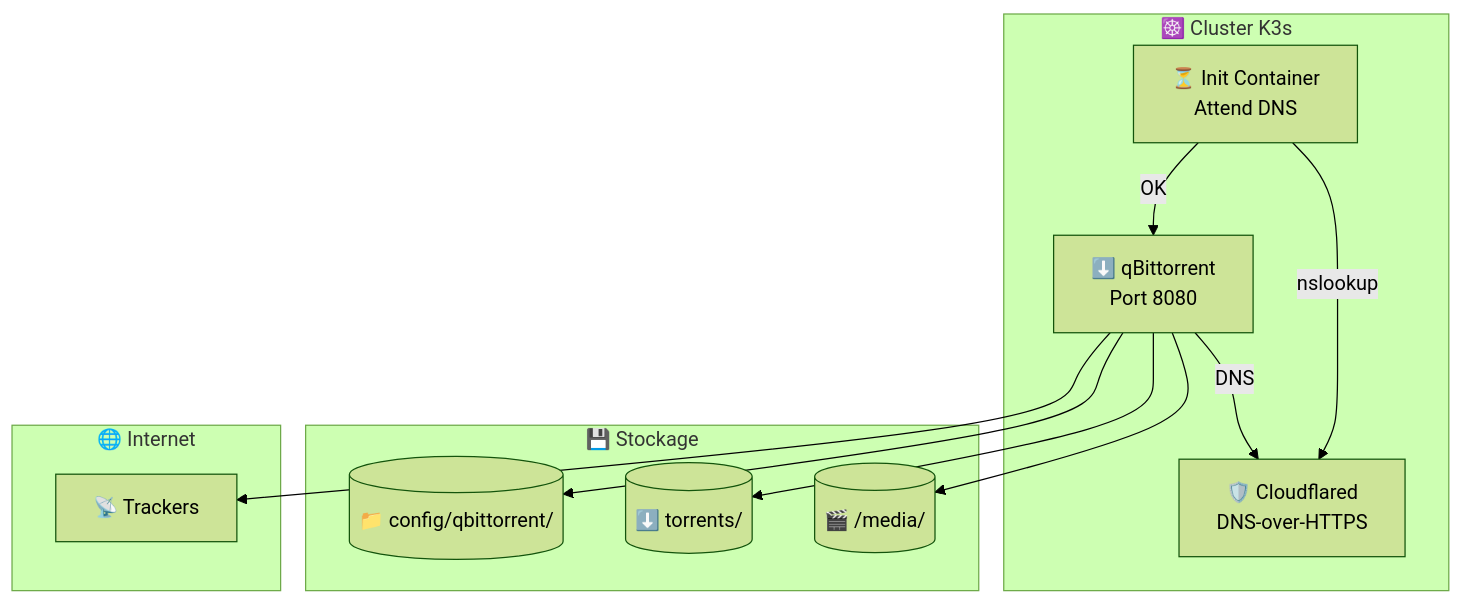
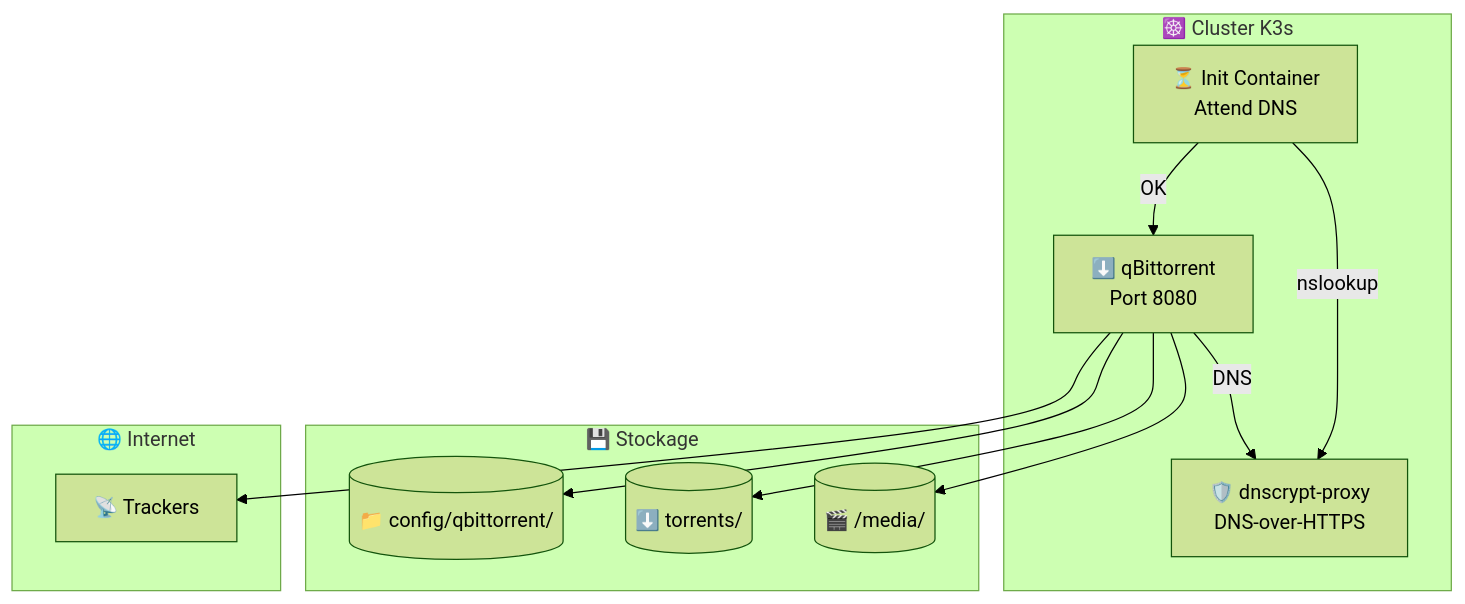
Before and after one commit to muchiny/media-stack-k8s: the first of 4 diagrams in charts/qbittorrent/README.md, drawn with Mermaid (forest theme). The commit also changed other lines of this file and 5 other files, not shown here.

First line of the commit message:
fix: Coherence fixes for dnscrypt-proxy chart

````diff
--- a/charts/qbittorrent/README.md
+++ b/charts/qbittorrent/README.md
@@ -7,24 +7,24 @@
 ```mermaid
 graph TB
     subgraph "☸️ Cluster K3s"
-        CF[🛡️ Cloudflared<br/>DNS-over-HTTPS]
+        DNS[🛡️ dnscrypt-proxy<br/>DNS-over-HTTPS]
         QB[⬇️ qBittorrent<br/>Port 8080]
         Init[⏳ Init Container<br/>Attend DNS]
     end
 
     subgraph "💾 Stockage"
         Config[(📁 config/qbittorrent/)]
         Downloads[(⬇️ torrents/)]
         Media[(🎬 /media/)]
     end
 
     subgraph "🌐 Internet"
         Trackers[📡 Trackers]
     end
 
-    Init -->|"nslookup"| CF
+    Init -->|"nslookup"| DNS
     Init -->|"OK"| QB
-    QB -->|"DNS"| CF
+    QB -->|"DNS"| DNS
     QB --> Trackers
     QB --> Config & Downloads & Media
 ```
````
